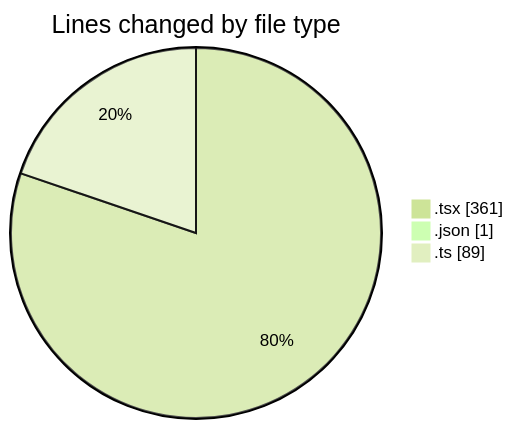
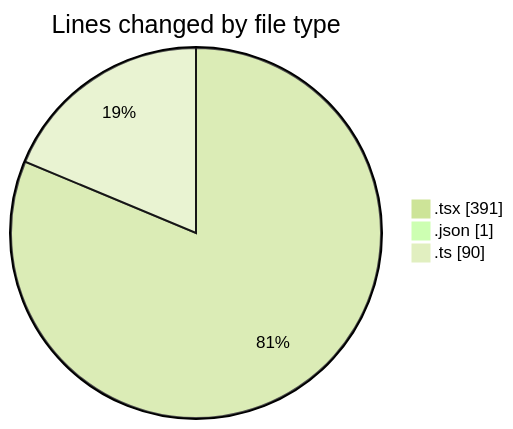
The first of 2 diagrams in 2025-01-21/mbc-web/README.md (robertbonfada/code-tracking), drawn with Mermaid (forest theme) before and after one commit. The commit also changed other lines of this file and 1 other file, not shown here.

````diff
--- a/2025-01-21/mbc-web/README.md
+++ b/2025-01-21/mbc-web/README.md
@@ -33,7 +34,7 @@
 ```mermaid
 pie showData
 title Lines changed by file type
-".tsx" : 361
+".tsx" : 391
 ".json" : 1
-".ts" : 89
+".ts" : 90
 ```
````
